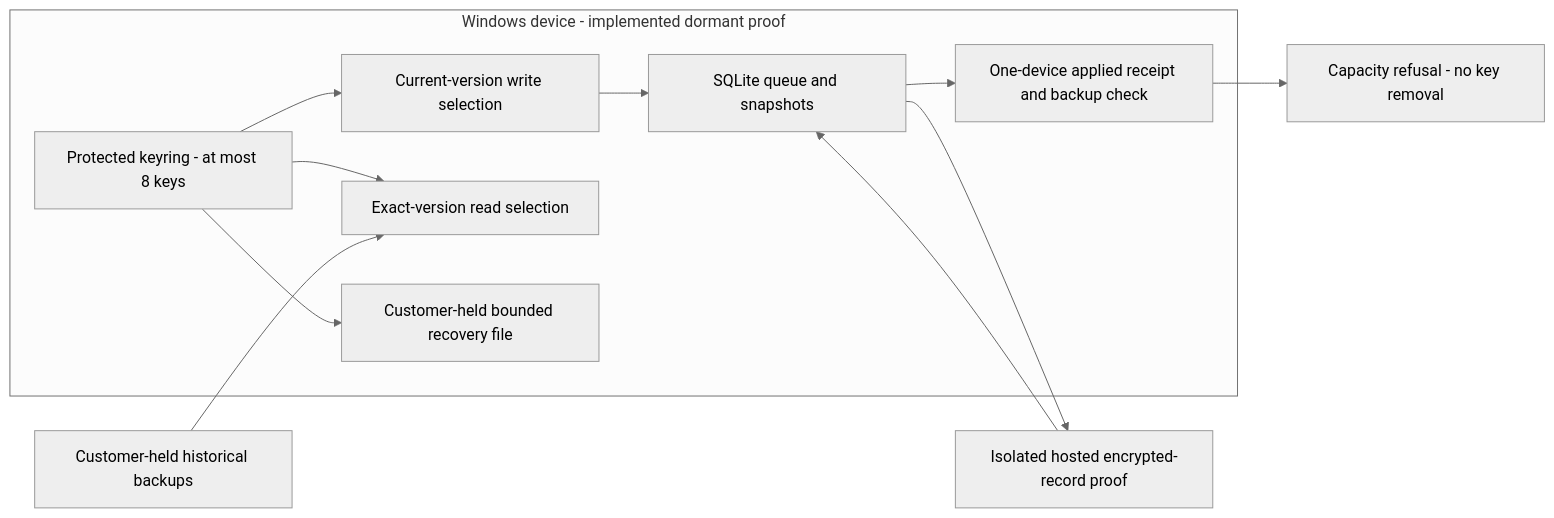
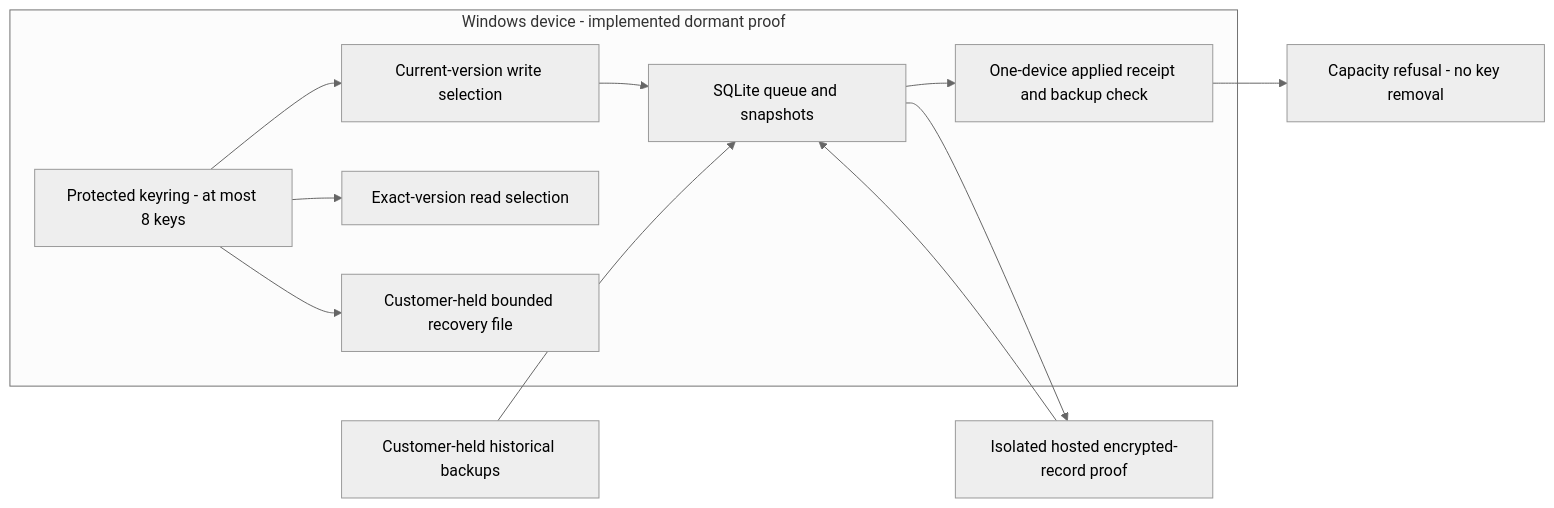
The diagram in docs/engineering/c10-04d-retirement-review-20261011/diagrams/safe-key-retirement-before.mmd (mellophone22/SiteDatum), drawn with Mermaid (neutral theme) before and after one commit. The commit also changed 13 other files, not shown here.

```diff
--- a/docs/engineering/c10-04d-retirement-review-20261011/diagrams/safe-key-retirement-before.mmd
+++ b/docs/engineering/c10-04d-retirement-review-20261011/diagrams/safe-key-retirement-before.mmd
@@ -1,12 +1,12 @@
 flowchart LR
   subgraph Windows["Windows device - implemented dormant proof"]
     K["Protected keyring - at most 8 keys"] --> W["Current-version write selection"]
     K --> R["Exact-version read selection"]
     W --> Q["SQLite queue and snapshots"]
     Q --> A["One-device applied receipt and backup check"]
     K --> F["Customer-held bounded recovery file"]
   end
   Q --> H["Isolated hosted encrypted-record proof"]
   H --> Q
-  U["Customer-held historical backups"] --> R
+  U["Customer-held historical backups"] --> Q
   A --> C["Capacity refusal - no key removal"]
```
